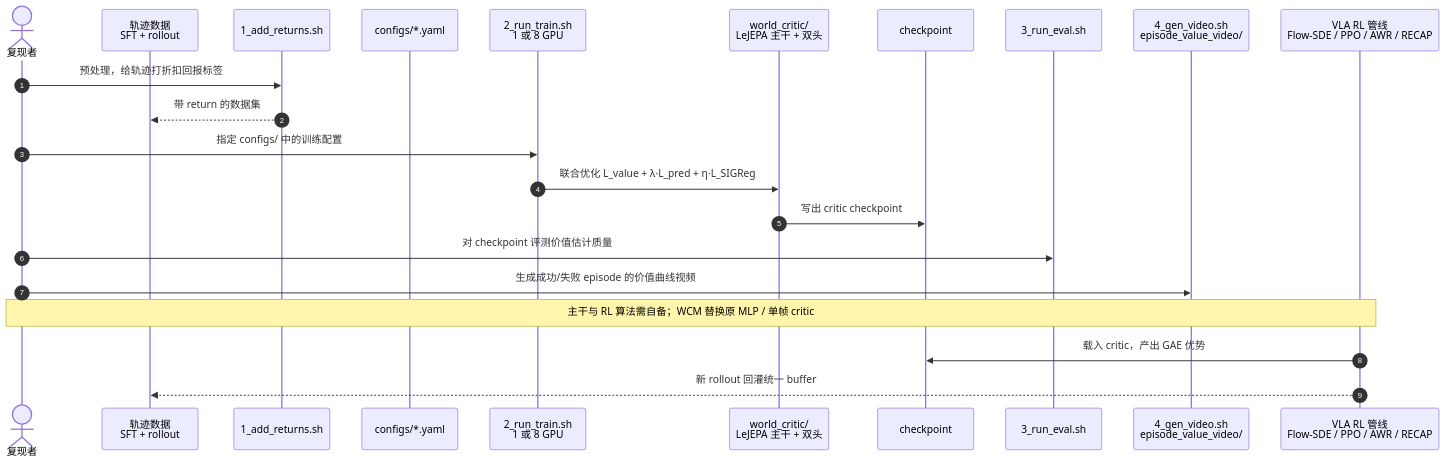
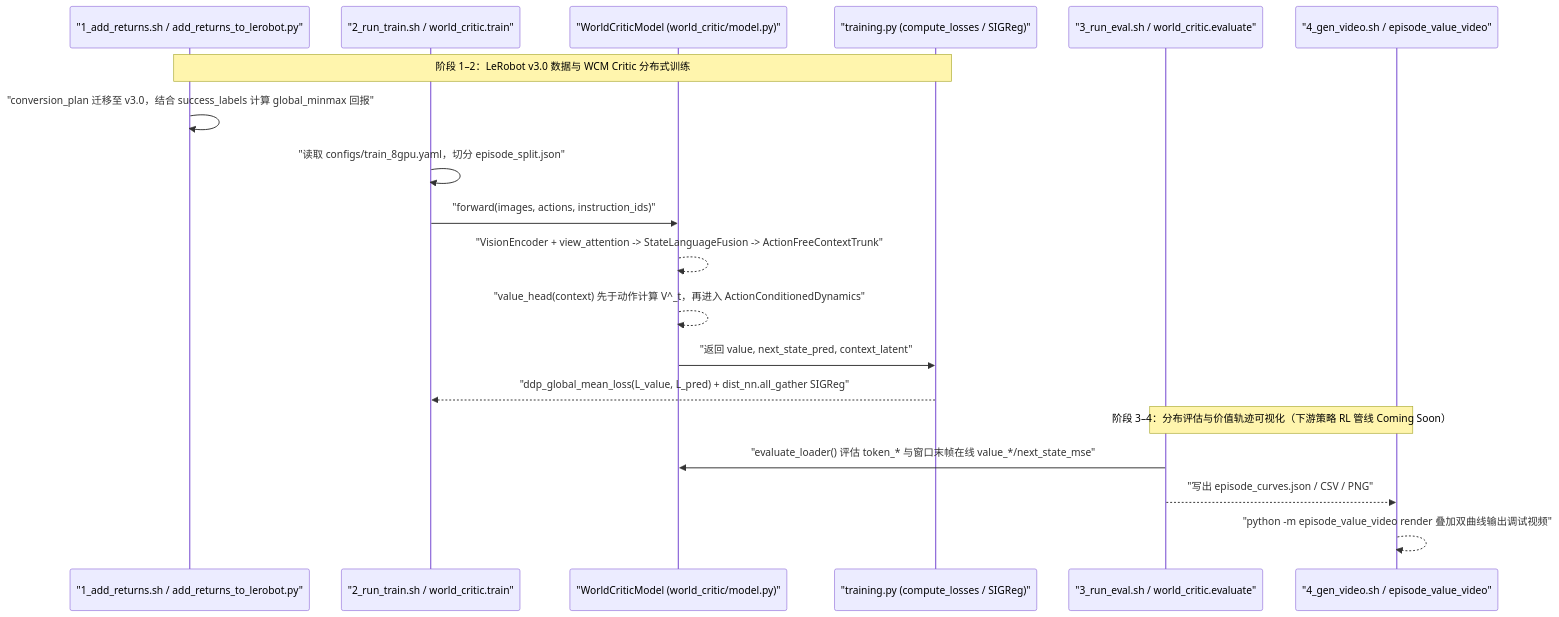
Before and after one commit to ImChong/Robotics_Notebooks: the second of 2 diagrams in wiki/entities/paper-wcm-world-critic-model.md, drawn with Mermaid. The commit also changed other lines of this file and 192 other files, not shown here.

Commit message:
[2026-11-14] ingest | roadmap/depth-vla.md — 补齐 VLA 纵深路线全部节点原文证据与满分健康度

````diff
--- a/wiki/entities/paper-wcm-world-critic-model.md
+++ b/wiki/entities/paper-wcm-world-critic-model.md
@@ -120,24 +172,23 @@
 ```mermaid
 sequenceDiagram
-    autonumber
-    actor Dev as 复现者
-    participant Data as 轨迹数据<br/>SFT + rollout
-    participant Ret as 1_add_returns.sh
-    participant Cfg as configs/*.yaml
-    participant Train as 2_run_train.sh<br/>1 或 8 GPU
-    participant WC as world_critic/<br/>LeJEPA 主干 + 双头
-    participant CKPT as checkpoint
-    participant Eval as 3_run_eval.sh
-    participant Vid as 4_gen_video.sh<br/>episode_value_video/
-    participant RL as VLA RL 管线<br/>Flow-SDE / PPO / AWR / RECAP
-    Dev->>Ret: 预处理，给轨迹打折扣回报标签
-    Ret-->>Data: 带 return 的数据集
-    Dev->>Train: 指定 configs/ 中的训练配置
-    Train->>WC: 联合优化 L_value + λ·L_pred + η·L_SIGReg
-    WC->>CKPT: 写出 critic checkpoint
-    Dev->>Eval: 对 checkpoint 评测价值估计质量
-    Dev->>Vid: 生成成功/失败 episode 的价值曲线视频
-    Note over Dev,RL: 主干与 RL 算法需自备；WCM 替换原 MLP / 单帧 critic
-    RL->>CKPT: 载入 critic，产出 GAE 优势
-    RL-->>Data: 新 rollout 回灌统一 buffer
+    participant Prep as "1_add_returns.sh / add_returns_to_lerobot.py"
+    participant TrainCLI as "2_run_train.sh / world_critic.train"
+    participant WCM as "WorldCriticModel (world_critic/model.py)"
+    participant Loss as "training.py (compute_losses / SIGReg)"
+    participant EvalCLI as "3_run_eval.sh / world_critic.evaluate"
+    participant VideoCLI as "4_gen_video.sh / episode_value_video"
+
+    Note over Prep,Loss: 阶段 1–2：LeRobot v3.0 数据与 WCM Critic 分布式训练
+    Prep->>Prep: "conversion_plan 迁移至 v3.0，结合 success_labels 计算 global_minmax 回报"
+    TrainCLI->>TrainCLI: "读取 configs/train_8gpu.yaml，切分 episode_split.json"
+    TrainCLI->>WCM: "forward(images, actions, instruction_ids)"
+    WCM-->>WCM: "VisionEncoder + view_attention -> StateLanguageFusion -> ActionFreeContextTrunk"
+    WCM-->>WCM: "value_head(context) 先于动作计算 V^_t，再进入 ActionConditionedDynamics"
+    WCM->>Loss: "返回 value, next_state_pred, context_latent"
+    Loss-->>TrainCLI: "ddp_global_mean_loss(L_value, L_pred) + dist_nn.all_gather SIGReg"
+
+    Note over EvalCLI,VideoCLI: 阶段 3–4：分布评估与价值轨迹可视化（下游策略 RL 管线 Coming Soon）
+    EvalCLI->>WCM: "evaluate_loader() 评估 token_* 与窗口末帧在线 value_*/next_state_mse"
+    EvalCLI-->>VideoCLI: "写出 episode_curves.json / CSV / PNG"
+    VideoCLI-->>VideoCLI: "python -m episode_value_video render 叠加双曲线输出调试视频"
 ```
````
